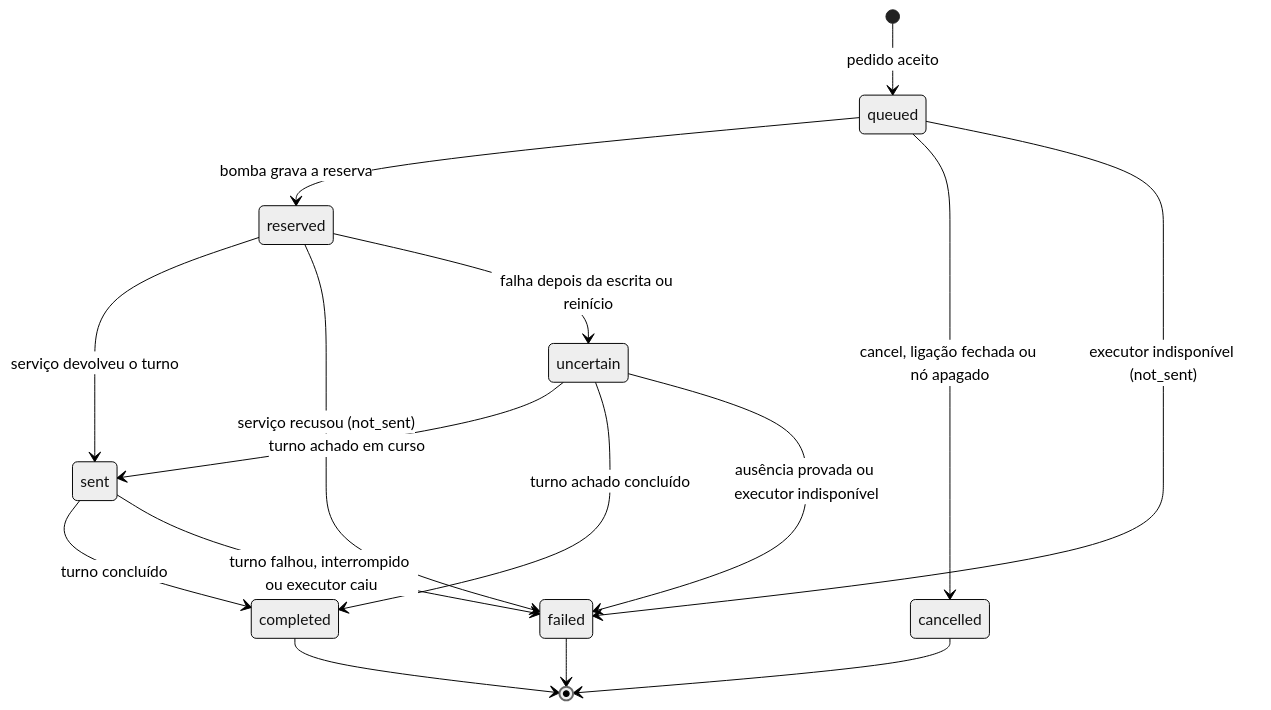
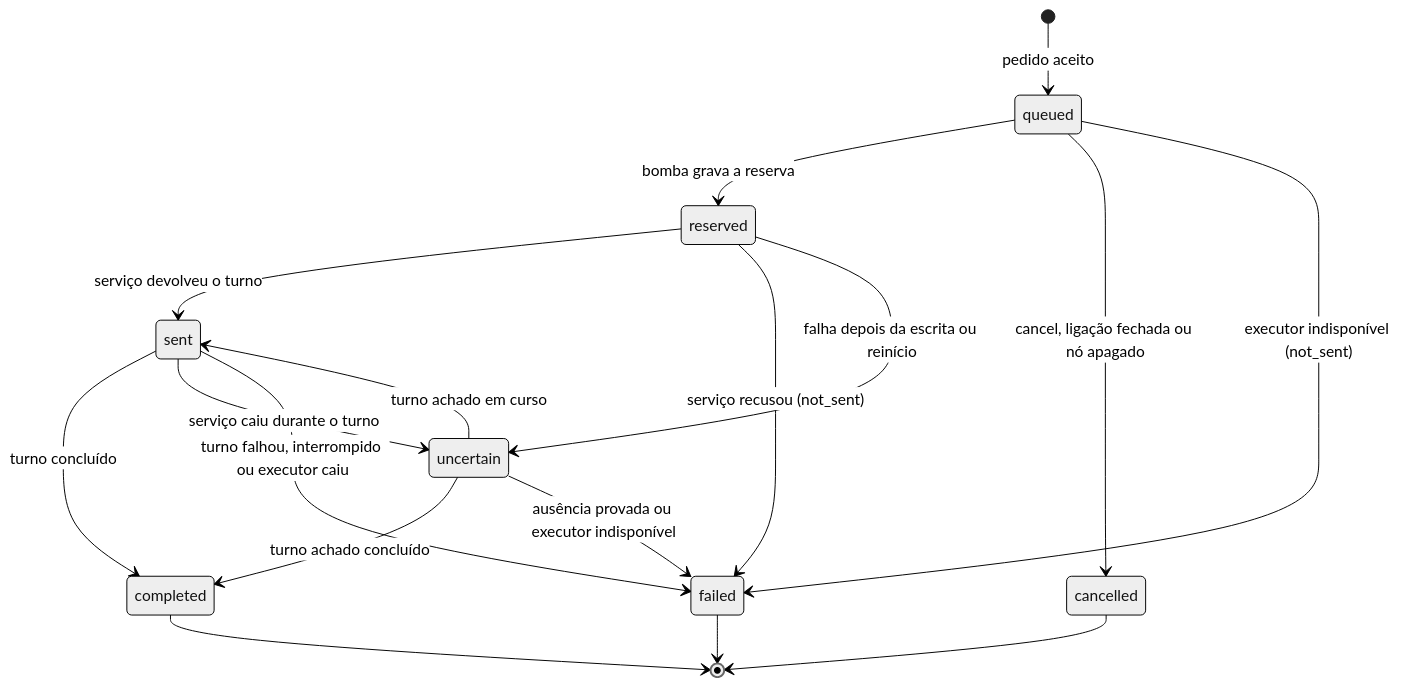
Before and after one commit to nevesbruno/assisto-glimpse: the diagram in docs/architecture/ADR-orchestration-dispatch-and-surface.md, drawn with Mermaid. The commit also changed other lines of this file and 6 other files, not shown here.

````diff
--- a/docs/architecture/ADR-orchestration-dispatch-and-surface.md
+++ b/docs/architecture/ADR-orchestration-dispatch-and-surface.md
@@ -56,19 +56,20 @@
 ```mermaid
 %%{init: {'theme': 'neutral'}}%%
 stateDiagram-v2
   [*] --> queued: pedido aceito
   queued --> reserved: bomba grava a reserva
   queued --> cancelled: cancel, ligação fechada ou nó apagado
   queued --> failed: executor indisponível (not_sent)
   reserved --> sent: serviço devolveu o turno
   reserved --> failed: serviço recusou (not_sent)
   reserved --> uncertain: falha depois da escrita ou reinício
   uncertain --> sent: turno achado em curso
   uncertain --> completed: turno achado concluído
   uncertain --> failed: ausência provada ou executor indisponível
   sent --> completed: turno concluído
+  sent --> uncertain: serviço caiu durante o turno
   sent --> failed: turno falhou, interrompido ou executor caiu
   completed --> [*]
   failed --> [*]
   cancelled --> [*]
 ```
````
